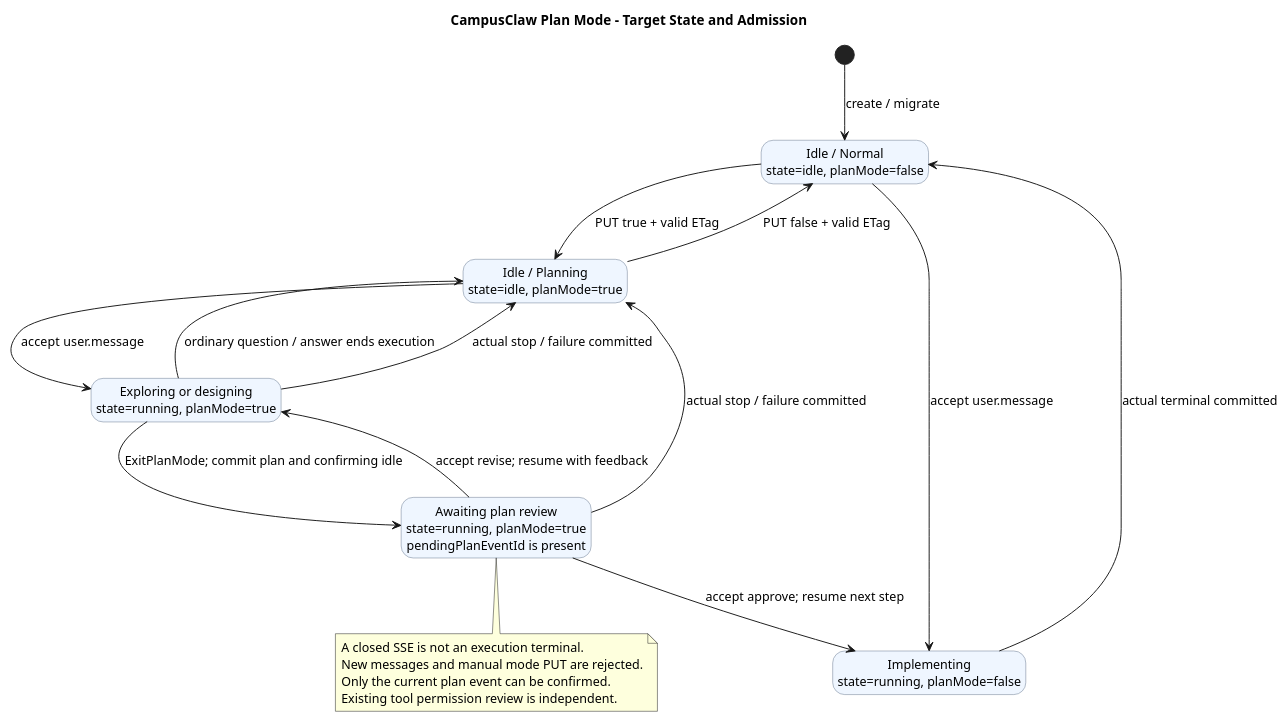
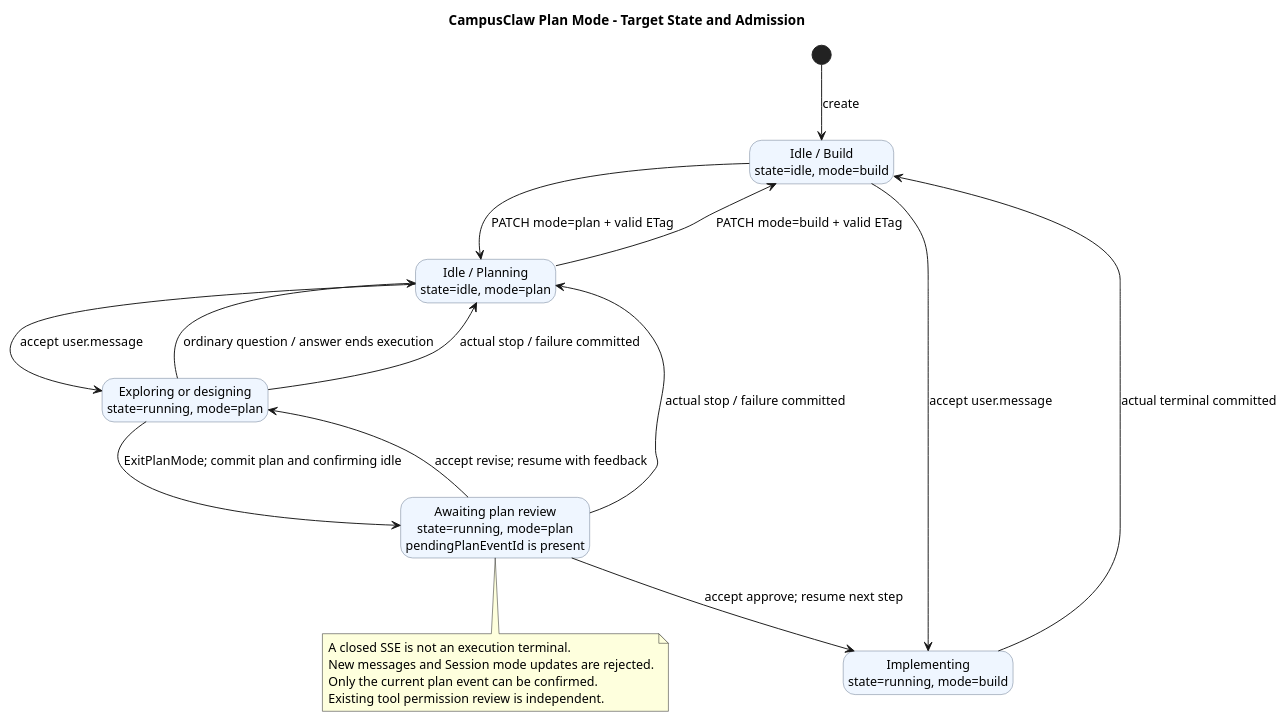
Before and after one commit to ssm0808/pi-mono-java-design: the third of 3 diagrams in 01-总体架构/06-CampusClaw计划模式/diagram.puml, drawn with PlantUML. The commit also changed other lines of this file and 11 other files, not shown here.

Commit message:
docs(plan): 将工作模式切换归入 Session 更新

```diff
--- a/01-总体架构/06-CampusClaw计划模式/diagram.puml
+++ b/01-总体架构/06-CampusClaw计划模式/diagram.puml
@@ -246,42 +249,42 @@
 @startuml plan_mode_state
 ' Source baseline: pi-mono-java 09b32d8ea4a4b43b34be302d8b2745bdc417c9a2.
 ' Source: modules/coding-agent-cli/src/main/java/com/campusclaw/codingagent/runtimeapi/session/RuntimeSessionState.java :: IDLE, RUNNING.
 ' Source: modules/coding-agent-cli/src/main/java/com/campusclaw/codingagent/runtimeapi/event/RuntimeExecutionCoordinator.java :: timeout, commitAndRelease.
 ' Observed behavior: confirming closes HTTP output without releasing Session admission.
-' Design reason: target-only planMode remains separate from the existing resource state.
+' Design reason: target-only mode remains separate from the existing resource state.
 ' Java divergence: manual mode switching is idle-only; approval exits within the original execution.
 title CampusClaw Plan Mode - Target State and Admission
 skinparam backgroundColor #FFFFFF
 skinparam defaultFontName SansSerif
 skinparam defaultFontSize 13
 skinparam shadowing false
 skinparam stateBackgroundColor #EFF6FF
 skinparam stateBorderColor #64748B
 hide empty description
 
-state "Idle / Normal\nstate=idle, planMode=false" as Normal
-state "Idle / Planning\nstate=idle, planMode=true" as PlanIdle
-state "Exploring or designing\nstate=running, planMode=true" as Planning
-state "Awaiting plan review\nstate=running, planMode=true\npendingPlanEventId is present" as Reviewing
-state "Implementing\nstate=running, planMode=false" as Implementing
+state "Idle / Build\nstate=idle, mode=build" as Normal
+state "Idle / Planning\nstate=idle, mode=plan" as PlanIdle
+state "Exploring or designing\nstate=running, mode=plan" as Planning
+state "Awaiting plan review\nstate=running, mode=plan\npendingPlanEventId is present" as Reviewing
+state "Implementing\nstate=running, mode=build" as Implementing
 
-[*] --> Normal : create / migrate
-Normal --> PlanIdle : PUT true + valid ETag
-PlanIdle --> Normal : PUT false + valid ETag
+[*] --> Normal : create
+Normal --> PlanIdle : PATCH mode=plan + valid ETag
+PlanIdle --> Normal : PATCH mode=build + valid ETag
 PlanIdle --> Planning : accept user.message
 Planning --> PlanIdle : ordinary question / answer ends execution
 Planning --> Reviewing : ExitPlanMode; commit plan and confirming idle
 Reviewing --> Planning : accept revise; resume with feedback
 Reviewing --> Implementing : accept approve; resume next step
 Normal --> Implementing : accept user.message
 Implementing --> Normal : actual terminal committed
 Planning --> PlanIdle : actual stop / failure committed
 Reviewing --> PlanIdle : actual stop / failure committed
 
 note bottom of Reviewing
   A closed SSE is not an execution terminal.
-  New messages and manual mode PUT are rejected.
+  New messages and Session mode updates are rejected.
   Only the current plan event can be confirmed.
   Existing tool permission review is independent.
 end note
 @enduml
```
